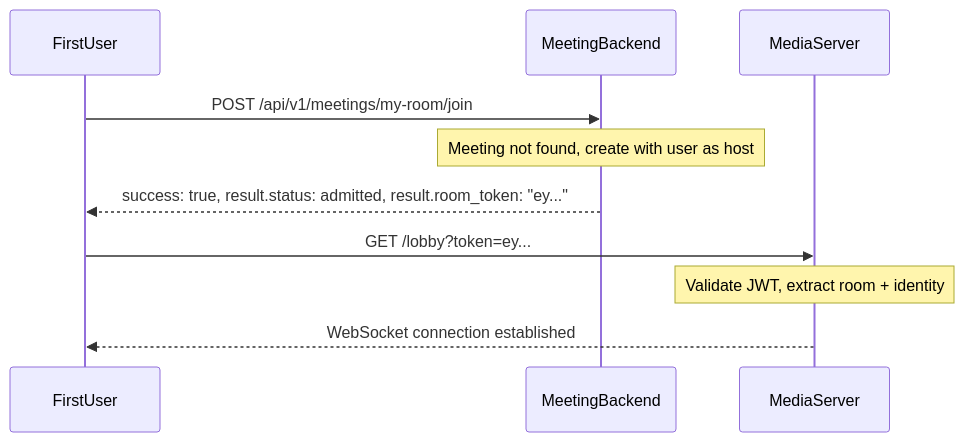
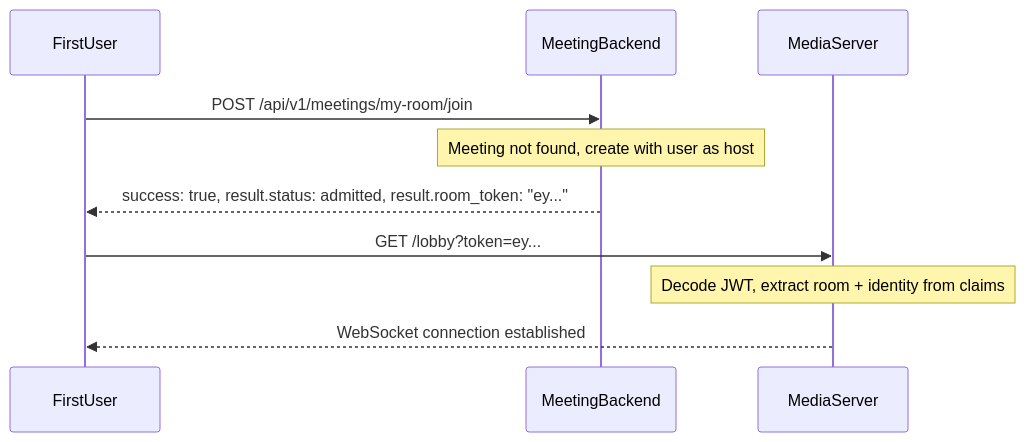
Before and after one commit to security-union/videocall-rs: the first of 3 diagrams in docs/MEETING_API.md, drawn with Mermaid. The commit also changed other lines of this file and 21 other files, not shown here.

````diff
--- a/docs/MEETING_API.md
+++ b/docs/MEETING_API.md
@@ -720,14 +754,14 @@
 ```mermaid
 sequenceDiagram
     participant U as FirstUser
     participant MB as MeetingBackend
     participant MS as MediaServer
 
     U->>MB: POST /api/v1/meetings/my-room/join
     Note over MB: Meeting not found, create with user as host
     MB-->>U: success: true, result.status: admitted, result.room_token: "ey..."
 
     U->>MS: GET /lobby?token=ey...
-    Note over MS: Validate JWT, extract room + identity
+    Note over MS: Decode JWT, extract room + identity from claims
     MS-->>U: WebSocket connection established
 ```
````
